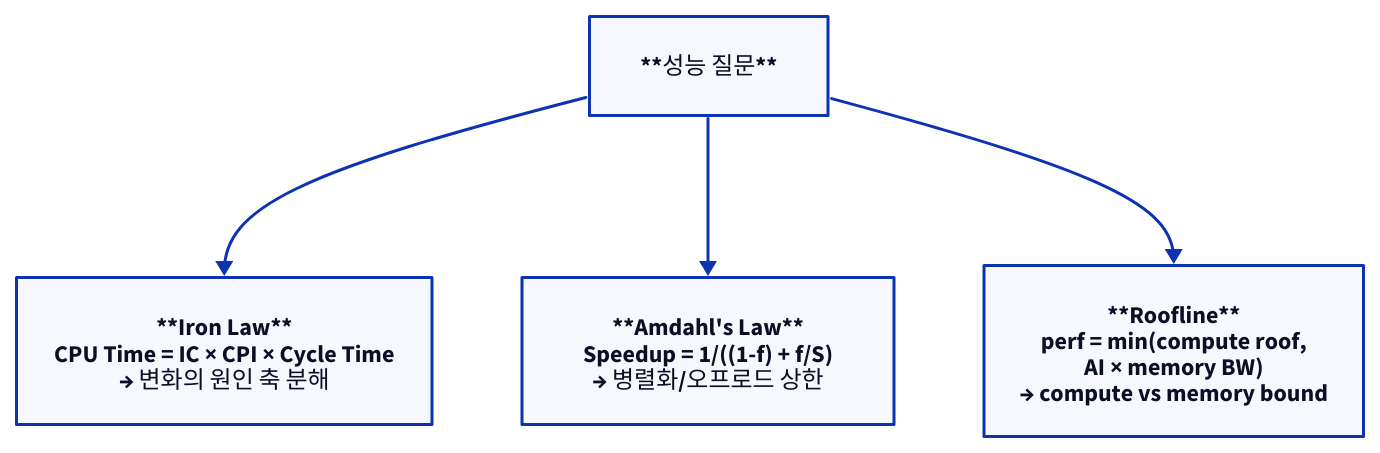
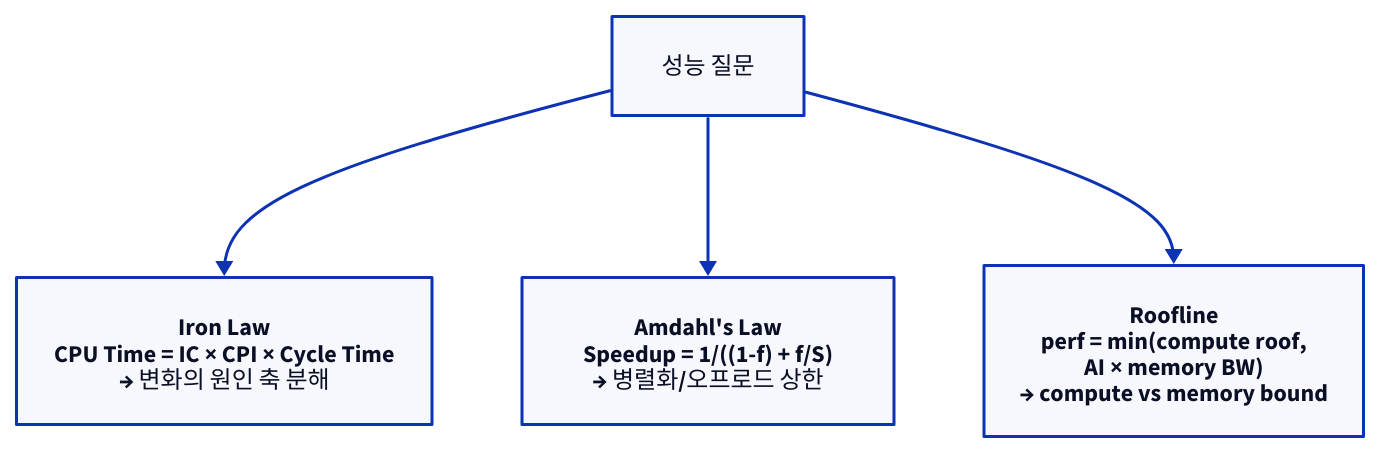
Before and after one commit to humbleowl39/DV_SKOOL: the first of 4 diagrams in starlight_site/src/content/docs/computer_architecture/13_performance_laws_dsa.md, drawn with D2. The commit also changed other lines of this file and 714 other files, not shown here.

First line of the commit message:
fix(site): d2 다이어그램 가독성 결함 6종 일괄 수정

````diff
--- a/starlight_site/src/content/docs/computer_architecture/13_performance_laws_dsa.md
+++ b/starlight_site/src/content/docs/computer_architecture/13_performance_laws_dsa.md
@@ -42,12 +42,12 @@
 ```d2
 direction: down
 
-PERF: "**성능 질문**"
-IRON: "**Iron Law**\nCPU Time = IC × CPI × Cycle Time\n→ 변화의 원인 축 분해"
-AMDAHL: "**Amdahl's Law**\nSpeedup = 1/((1-f) + f/S)\n→ 병렬화/오프로드 상한"
-ROOF: "**Roofline**\nperf = min(compute roof,\nAI × memory BW)\n→ compute vs memory bound"
+PERF: "성능 질문"
+IRON: "Iron Law\nCPU Time = IC × CPI × Cycle Time\n→ 변화의 원인 축 분해"
+AMDAHL: "Amdahl's Law\nSpeedup = 1/((1-f) + f/S)\n→ 병렬화/오프로드 상한"
+ROOF: "Roofline\nperf = min(compute roof,\nAI × memory BW)\n→ compute vs memory bound"
 
 PERF -> IRON
 PERF -> AMDAHL
 PERF -> ROOF
 ```
````
